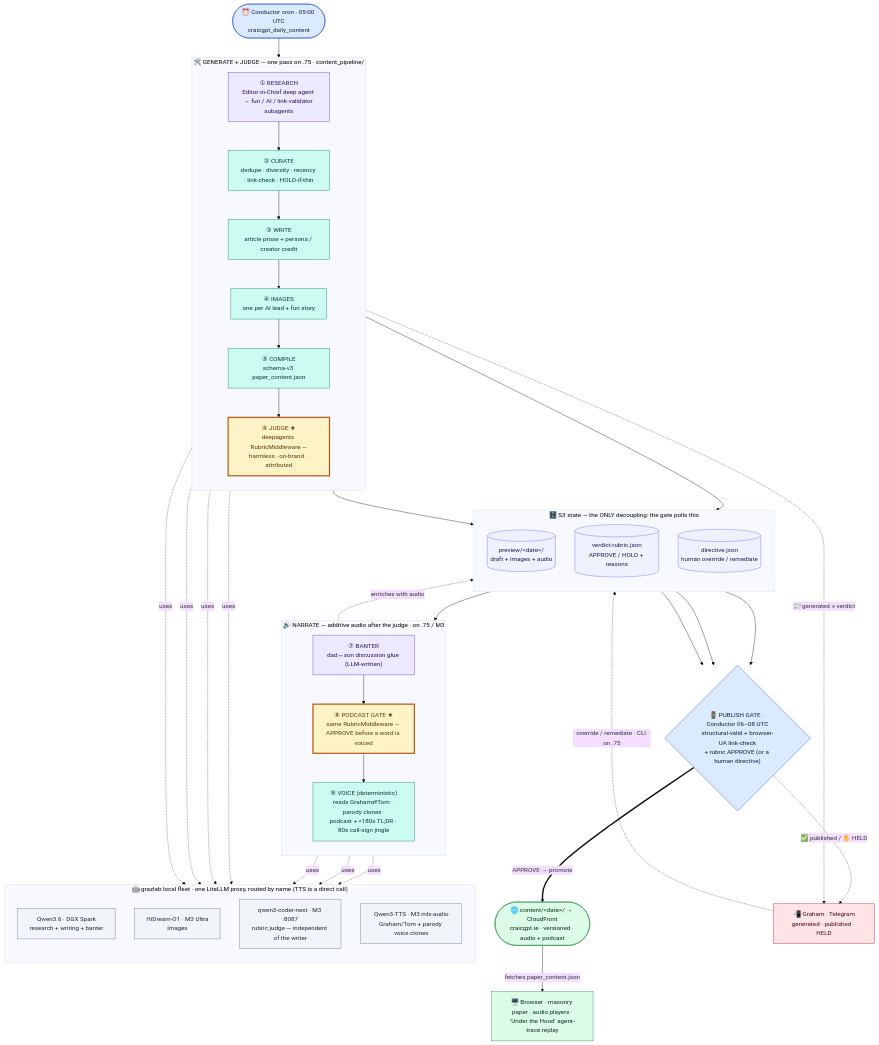
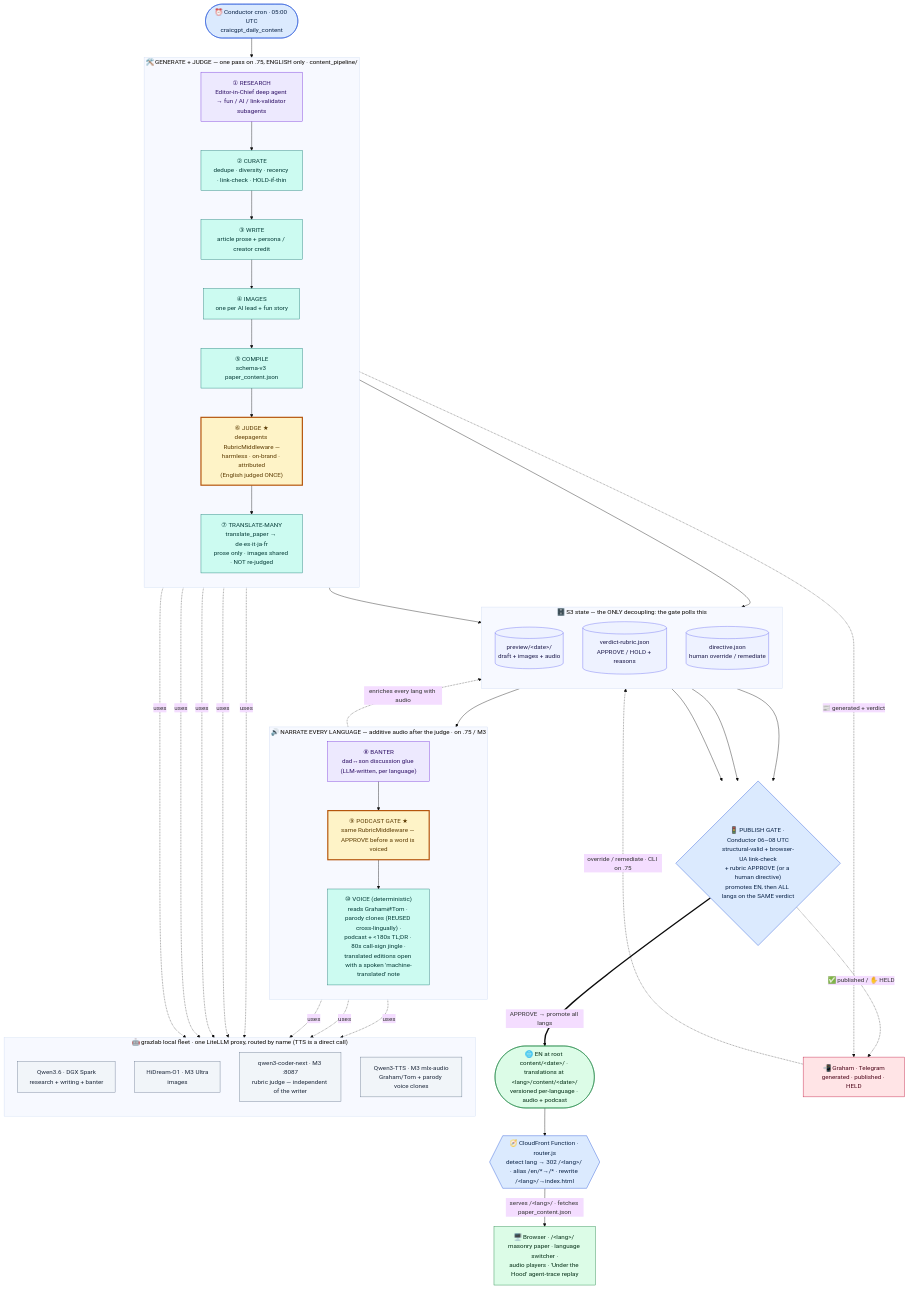
The first of 4 diagrams in README.md (allthingsclowd/craicgpt.ie), drawn with Mermaid (base theme) before and after one commit. The commit also changed other lines of this file and 4 other files, not shown here.

First line of the commit message:
docs: multilingual + CloudFront router + deploy-reality refresh

````diff
--- a/README.md
+++ b/README.md
@@ -66,75 +66,79 @@
 ```mermaid
 flowchart TD
     %% colour by ROLE so the deterministic-vs-LLM split is visible at a glance
     classDef sched fill:#dbeafe,stroke:#1d4ed8,color:#0b2447;
     classDef agent fill:#ede9fe,stroke:#6d28d9,color:#2e1065;
     classDef code  fill:#ccfbf1,stroke:#0f766e,color:#053b37;
     classDef judge fill:#fef3c7,stroke:#b45309,color:#5b3a02,stroke-width:3px;
     classDef model fill:#f1f5f9,stroke:#64748b,color:#1e293b;
     classDef store fill:#eef2ff,stroke:#6366f1,color:#1e1b4b;
     classDef live  fill:#dcfce7,stroke:#15803d,color:#052e16;
     classDef human fill:#ffe4e6,stroke:#be123c,color:#4c0519;
 
     CRON(["⏰ Conductor cron · 05:00 UTC<br/>craicgpt_daily_content"]):::sched
 
-    subgraph BUILD["🛠️ GENERATE + JUDGE — one pass on .75 · content_pipeline/"]
+    subgraph BUILD["🛠️ GENERATE + JUDGE — one pass on .75, ENGLISH only · content_pipeline/"]
         direction TB
         R["① RESEARCH<br/>Editor-in-Chief deep agent → fun / AI / link-validator subagents"]:::agent
         C["② CURATE<br/>dedupe · diversity · recency · link-check · HOLD-if-thin"]:::code
         W["③ WRITE<br/>article prose + persona / creator credit"]:::code
         IMG["④ IMAGES<br/>one per AI lead + fun story"]:::code
         K["⑤ COMPILE<br/>schema-v3 paper_content.json"]:::code
-        J["⑥ JUDGE ★<br/>deepagents RubricMiddleware —<br/>harmless · on-brand · attributed"]:::judge
-        R --> C --> W --> IMG --> K --> J
+        J["⑥ JUDGE ★<br/>deepagents RubricMiddleware —<br/>harmless · on-brand · attributed<br/>(English judged ONCE)"]:::judge
+        TR["⑦ TRANSLATE-MANY<br/>translate_paper → de·es·it·ja·fr<br/>prose only · images shared · NOT re-judged"]:::code
+        R --> C --> W --> IMG --> K --> J --> TR
     end
 
-    subgraph NARR["🔊 NARRATE — additive audio after the judge · on .75 / M3"]
+    subgraph NARR["🔊 NARRATE EVERY LANGUAGE — additive audio after the judge · on .75 / M3"]
         direction TB
-        NB["⑦ BANTER<br/>dad↔son discussion glue (LLM-written)"]:::agent
-        NG["⑧ PODCAST GATE ★<br/>same RubricMiddleware — APPROVE before a word is voiced"]:::judge
-        NT["⑨ VOICE (deterministic)<br/>reads Graham⇄Tom · parody clones ·<br/>podcast + &lt;180s TL;DR · 80s call-sign jingle"]:::code
+        NB["⑧ BANTER<br/>dad↔son discussion glue (LLM-written, per language)"]:::agent
+        NG["⑨ PODCAST GATE ★<br/>same RubricMiddleware — APPROVE before a word is voiced"]:::judge
+        NT["⑩ VOICE (deterministic)<br/>reads Graham⇄Tom · parody clones (REUSED cross-lingually) ·<br/>podcast + &lt;180s TL;DR · 80s call-sign jingle ·<br/>translated editions open with a spoken 'machine-translated' note"]:::code
         NB --> NG --> NT
     end
 
     subgraph FLEET["🤖 grazlab local fleet · one LiteLLM proxy, routed by name (TTS is a direct call)"]
         direction TB
         QWEN["Qwen3.6 · DGX Spark<br/>research + writing + banter"]:::model
         IMGM["HiDream-O1 · M3 Ultra<br/>images"]:::model
         JUDGEM["qwen3-coder-next · M3 :8087<br/>rubric judge — independent of the writer"]:::model
         TTSM["Qwen3-TTS · M3 mlx-audio<br/>Graham/Tom + parody voice clones"]:::model
     end
 
     subgraph STATE["🗄️ S3 state — the ONLY decoupling: the gate polls this"]
         direction TB
         DRAFT[("preview/&lt;date&gt;/<br/>draft + images + audio")]:::store
         VRUB[("verdict-rubric.json<br/>APPROVE / HOLD + reasons")]:::store
         DIR[("directive.json<br/>human override / remediate")]:::store
     end
 
-    GATE{"🚦 PUBLISH GATE · Conductor 06–08 UTC<br/>structural-valid + browser-UA link-check<br/>+ rubric APPROVE (or a human directive)"}:::sched
+    GATE{"🚦 PUBLISH GATE · Conductor 06–08 UTC<br/>structural-valid + browser-UA link-check<br/>+ rubric APPROVE (or a human directive)<br/>promotes EN, then ALL langs on the SAME verdict"}:::sched
 
-    LIVE(["🌐 content/&lt;date&gt;/ → CloudFront<br/>craicgpt.ie · versioned · audio + podcast"]):::live
-    WEB["🖥️ Browser · masonry paper · audio players ·<br/>'Under the Hood' agent-trace replay"]:::live
+    LIVE(["🌐 EN at root content/&lt;date&gt;/ · translations at &lt;lang&gt;/content/&lt;date&gt;/<br/>versioned per-language · audio + podcast"]):::live
+    ROUTER{{"🧭 CloudFront Function · router.js<br/>detect lang → 302 /&lt;lang&gt;/ · alias /en/*→/* · rewrite /&lt;lang&gt;/→index.html"}}:::sched
+    WEB["🖥️ Browser · /&lt;lang&gt;/ masonry paper · language switcher ·<br/>audio players · 'Under the Hood' agent-trace replay"]:::live
     GRAHAM["📲 Graham · Telegram<br/>generated · published · HELD"]:::human
 
     %% data flow
     CRON --> R
     R -. uses .-> QWEN
     W -. uses .-> QWEN
     IMG -. uses .-> IMGM
     J -. uses .-> JUDGEM
-    J --> DRAFT & VRUB
+    TR -. uses .-> QWEN
+    TR --> DRAFT & VRUB
     J -. "📰 generated + verdict" .-> GRAHAM
     DRAFT --> NB
     NB -. uses .-> QWEN
     NG -. uses .-> JUDGEM
     NT -. uses .-> TTSM
-    NT -. "enriches with audio" .-> DRAFT
+    NT -. "enriches every lang with audio" .-> DRAFT
     DRAFT --> GATE
     VRUB --> GATE
     DIR --> GATE
     GRAHAM -. "override / remediate · CLI on .75" .-> DIR
-    GATE ==>|"APPROVE → promote"| LIVE
+    GATE ==>|"APPROVE → promote all langs"| LIVE
     GATE -. "✅ published / ✋ HELD" .-> GRAHAM
-    LIVE -->|fetches paper_content.json| WEB
+    LIVE --> ROUTER
+    ROUTER -->|"serves /&lt;lang&gt;/ · fetches paper_content.json"| WEB
 ```
````
